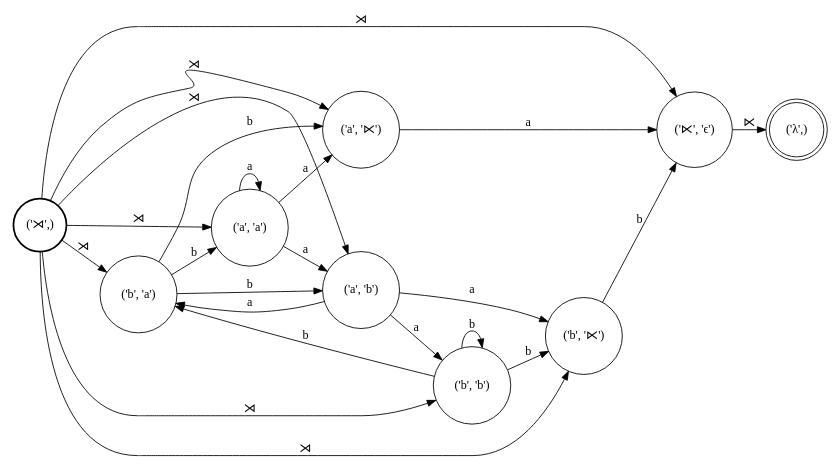
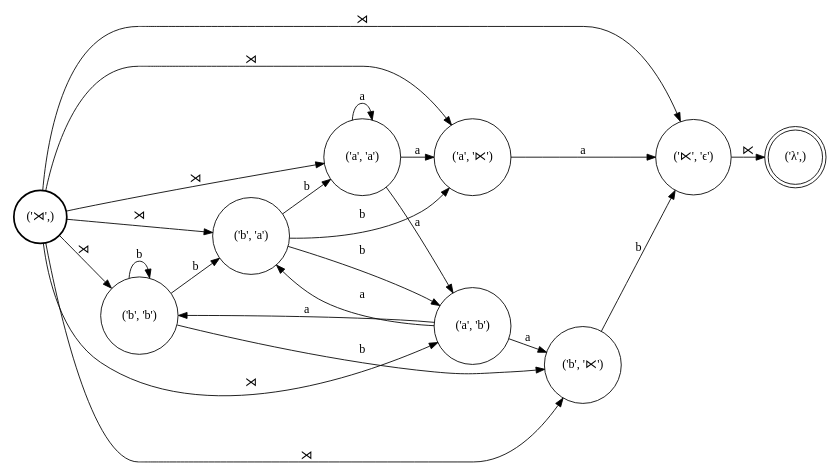
Before and after one commit to colincwilson/wynini: the diagram in demo/R.dot, drawn with Graphviz. The commit also changed other lines of this file and 6 other files, not shown here.

```diff
--- a/demo/R.dot
+++ b/demo/R.dot
@@ -1,39 +1,39 @@
 digraph FST {
 rankdir = LR;
 size = "8.5,11";
 center = 1;
 orientation = Portrait;
 ranksep = "0.4";
 nodesep = "0.25";
 8 [label = "('⋊',)", shape = circle, style = bold, fontsize = 14]
+	8 -> 1 [label = "⋊", fontsize = 14];
+	8 -> 3 [label = "⋊", fontsize = 14];
+	8 -> 6 [label = "⋊", fontsize = 14];
 	8 -> 4 [label = "⋊", fontsize = 14];
-	8 -> 6 [label = "⋊", fontsize = 14];
-	8 -> 1 [label = "⋊", fontsize = 14];
+	8 -> 7 [label = "⋊", fontsize = 14];
+	8 -> 5 [label = "⋊", fontsize = 14];
 	8 -> 2 [label = "⋊", fontsize = 14];
-	8 -> 5 [label = "⋊", fontsize = 14];
-	8 -> 3 [label = "⋊", fontsize = 14];
-	8 -> 7 [label = "⋊", fontsize = 14];
 0 [label = "('λ',)", shape = doublecircle, style = solid, fontsize = 14]
 1 [label = "('⋉', 'ϵ')", shape = circle, style = solid, fontsize = 14]
 	1 -> 0 [label = "⋉", fontsize = 14];
 2 [label = "('b', '⋉')", shape = circle, style = solid, fontsize = 14]
 	2 -> 1 [label = "b", fontsize = 14];
 3 [label = "('a', '⋉')", shape = circle, style = solid, fontsize = 14]
 	3 -> 1 [label = "a", fontsize = 14];
 4 [label = "('b', 'a')", shape = circle, style = solid, fontsize = 14]
 	4 -> 3 [label = "b", fontsize = 14];
 	4 -> 7 [label = "b", fontsize = 14];
 	4 -> 5 [label = "b", fontsize = 14];
 5 [label = "('a', 'a')", shape = circle, style = solid, fontsize = 14]
 	5 -> 3 [label = "a", fontsize = 14];
 	5 -> 7 [label = "a", fontsize = 14];
 	5 -> 5 [label = "a", fontsize = 14];
 6 [label = "('b', 'b')", shape = circle, style = solid, fontsize = 14]
 	6 -> 2 [label = "b", fontsize = 14];
 	6 -> 4 [label = "b", fontsize = 14];
 	6 -> 6 [label = "b", fontsize = 14];
 7 [label = "('a', 'b')", shape = circle, style = solid, fontsize = 14]
 	7 -> 2 [label = "a", fontsize = 14];
 	7 -> 4 [label = "a", fontsize = 14];
 	7 -> 6 [label = "a", fontsize = 14];
 }
```
